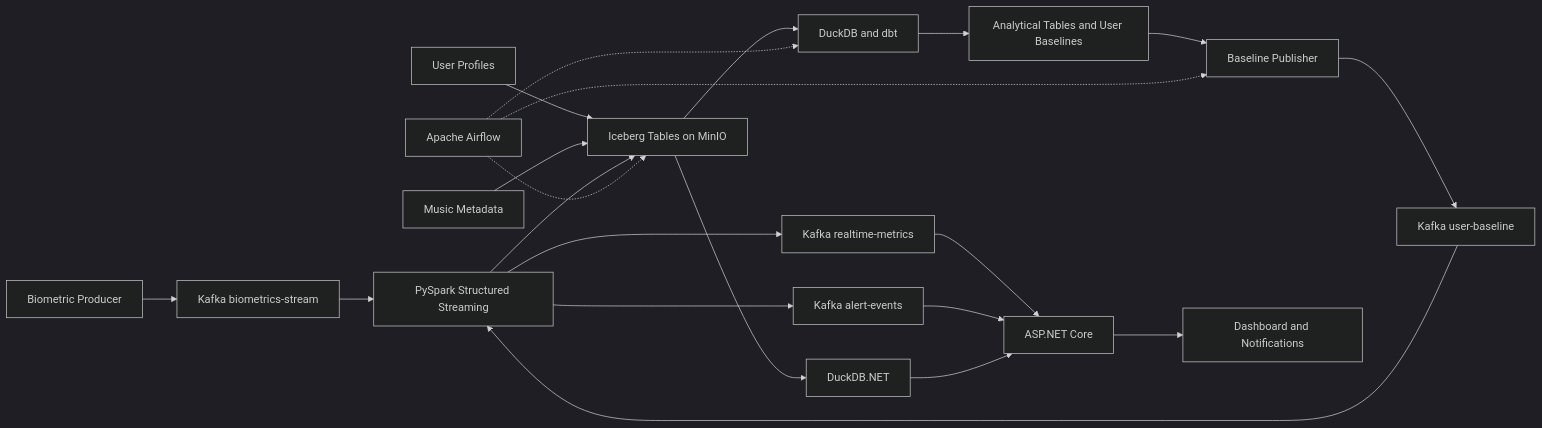
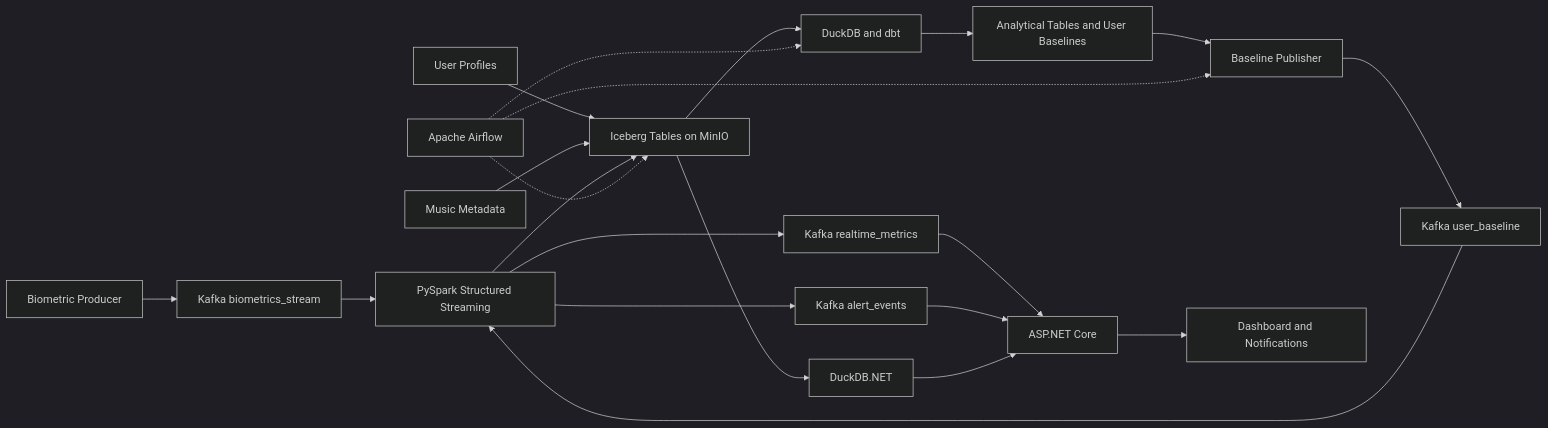
The diagram in README.md (Litaaya/Music_Biometrics), drawn with Mermaid (dark theme) before and after one commit. The commit also changed other lines of this file and 1 other file, not shown here.

Commit message:
docs/config: update data structure for bio events and config schema for bio events

````diff
--- a/README.md
+++ b/README.md
@@ -111,29 +112,29 @@
 ```mermaid
 graph LR
-    A1["Biometric Producer"] --> B1["Kafka biometrics-stream"]
+    A1["Biometric Producer"] --> B1["Kafka biometrics_stream"]
     A2["User Profiles"] --> D1["Iceberg Tables on MinIO"]
     A3["Music Metadata"] --> D1
 
     B1 --> C1["PySpark Structured Streaming"]
     C1 --> D1
-    C1 --> B2["Kafka realtime-metrics"]
-    C1 --> B3["Kafka alert-events"]
+    C1 --> B2["Kafka realtime_metrics"]
+    C1 --> B3["Kafka alert_events"]
 
     D1 --> E1["DuckDB and dbt"]
     E1 --> D2["Analytical Tables and User Baselines"]
 
     D2 --> F1["Baseline Publisher"]
-    F1 --> B4["Kafka user-baseline"]
+    F1 --> B4["Kafka user_baseline"]
     B4 --> C1
 
     B2 --> G1["ASP.NET Core"]
     B3 --> G1
     G1 --> H1["Dashboard and Notifications"]
 
     D1 --> G2["DuckDB.NET"]
     G2 --> G1
 
     I1["Apache Airflow"] -.-> E1
     I1 -.-> F1
     I1 -.-> D1
 ```
````
